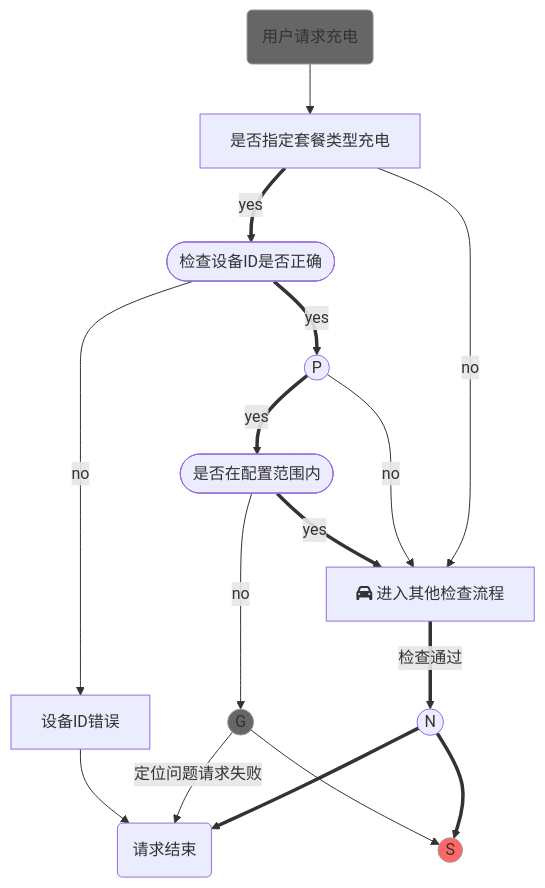
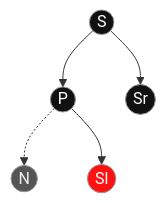
One commit to KangShanR/kangshanr.github.io changed the diagram in source/_drafts/graph syntax.md. Above: the diagram before and after it, drawn with Mermaid. The commit also changed 2 other files, not shown here.

Commit message:
add notes of red blak tree

````diff
--- a/source/_drafts/graph syntax.md
+++ b/source/_drafts/graph syntax.md
@@ -9,37 +9,22 @@
 ```mermaid
 graph TD
-    I([场站是否有距离配置])
-    H([开启充电成功])
-    O([充电坐标数据收集])
-    L(不在配置范围)
-    G[fa:fa-car 进入其他检查流程]
-    P[设备ID错误]
-    A(用户请求充电) --> C[是否指定套餐类型充电]
-    C ==>|yes| D([检查设备ID是否正确])
-    D -->|no| P
-    P -->M
-    D ==>|yes| I
-    I ==>|yes| J([是否在配置范围内])
-    J -->|no|L
-    J ==>|yes| G
-    I -->|no| G
-    L -->|定位问题请求失败|M(请求结束)
-    L -->O
-    C -->|no| G
-    G ==>|检查通过|H
-    H ==>O & M
-
-    
-    I((P))
-    H((N))
-    O((S))
-    L((G))
-    
-    class O red;
-    class A,L black;
-    classDef black fill:#666,stroke:#999,stroke-width:1px;
-    classDef red fill:#f66,stroke:#999,stroke-width:1px;
+    P((P))
+    N((N))
+    S((S))
+    Sl((Sl))
+    Sr((Sr))
     
     
+    P-.->N
+    S-->P
+    P-->Sl
+    S-->Sr
     
+
+    class Sl red;
+    class P,S,Sr black;
+    class N depr;
+    classDef black color:#fff,fill:#111,stroke:#999,stroke-width:1px;
+    classDef red color:#fff,fill:#f11,stroke:#999,stroke-width:1px;
+    classDef depr color:#eee,fill:#555,stroke:#999,stroke-width:1px;
 ```
````
